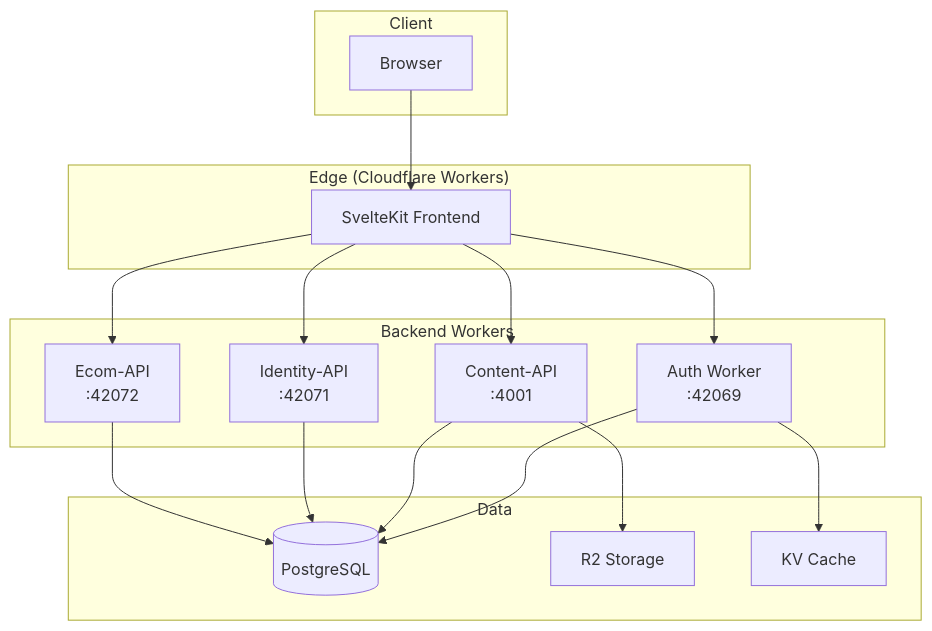
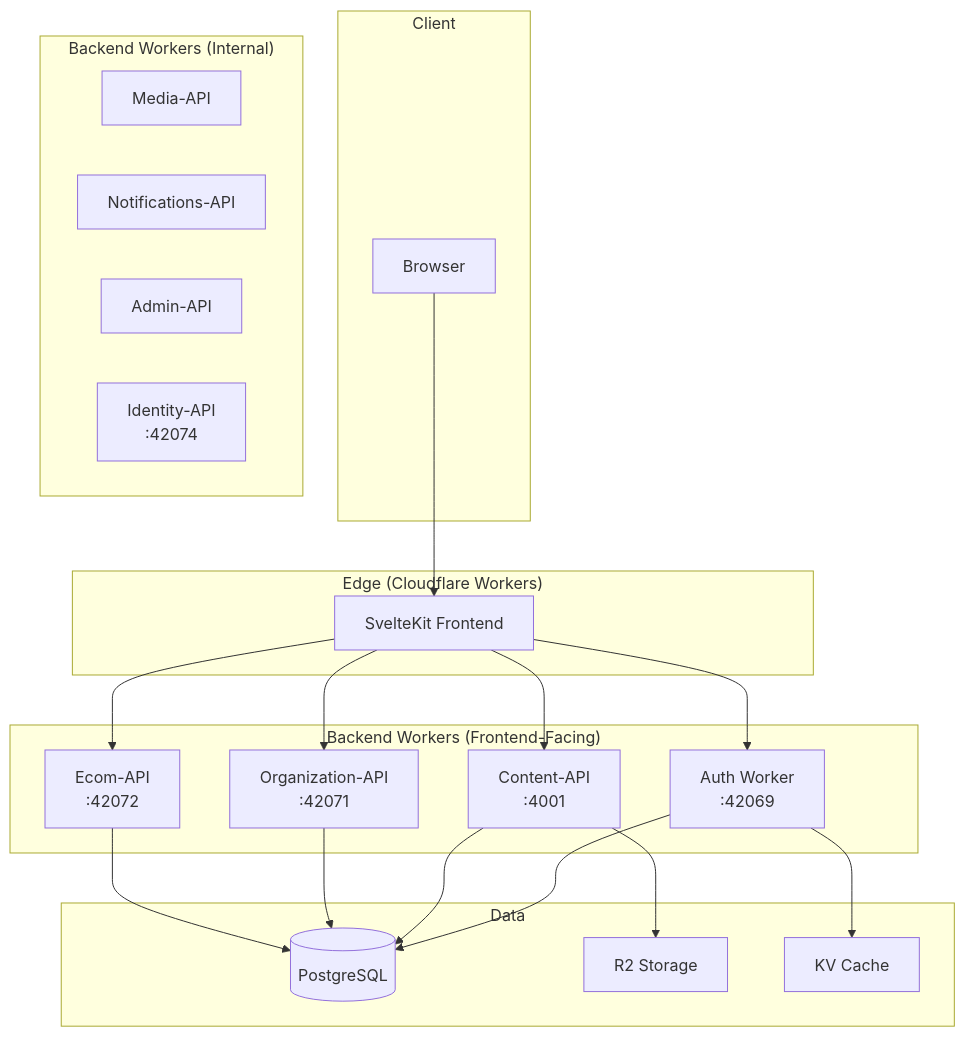
The second of 2 diagrams in design/frontend/OVERVIEW.md (brucemckayone/codex), drawn with Mermaid before and after one commit. The commit also changed other lines of this file and 5 other files, not shown here.

````diff
--- a/design/frontend/OVERVIEW.md
+++ b/design/frontend/OVERVIEW.md
@@ -73,35 +73,42 @@
 ```mermaid
 graph TB
     subgraph "Client"
         Browser[Browser]
     end
 
     subgraph "Edge (Cloudflare Workers)"
         FE[SvelteKit Frontend]
     end
 
-    subgraph "Backend Workers"
+    subgraph "Backend Workers (Frontend-Facing)"
         Auth[Auth Worker<br/>:42069]
         Content[Content-API<br/>:4001]
-        Identity[Identity-API<br/>:42071]
+        Org[Organization-API<br/>:42071]
         Ecom[Ecom-API<br/>:42072]
+    end
+
+    subgraph "Backend Workers (Internal)"
+        Media[Media-API]
+        Notify[Notifications-API]
+        Admin[Admin-API]
+        Identity[Identity-API<br/>:42074]
     end
 
     subgraph "Data"
         DB[(PostgreSQL)]
         R2[R2 Storage]
         KV[KV Cache]
     end
 
     Browser --> FE
     FE --> Auth
     FE --> Content
-    FE --> Identity
+    FE --> Org
     FE --> Ecom
     Auth --> DB
     Auth --> KV
     Content --> DB
     Content --> R2
-    Identity --> DB
+    Org --> DB
     Ecom --> DB
 ```
````
